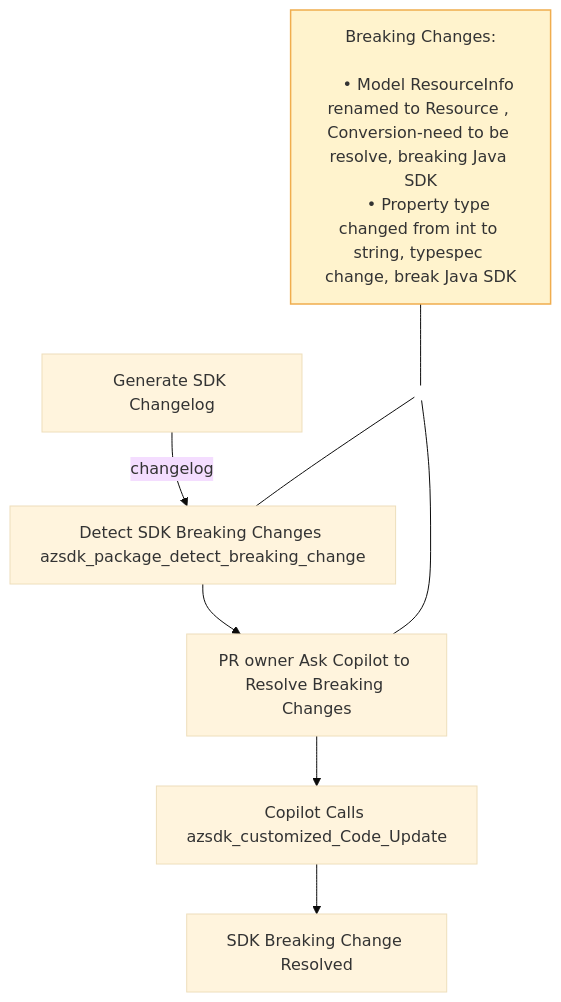
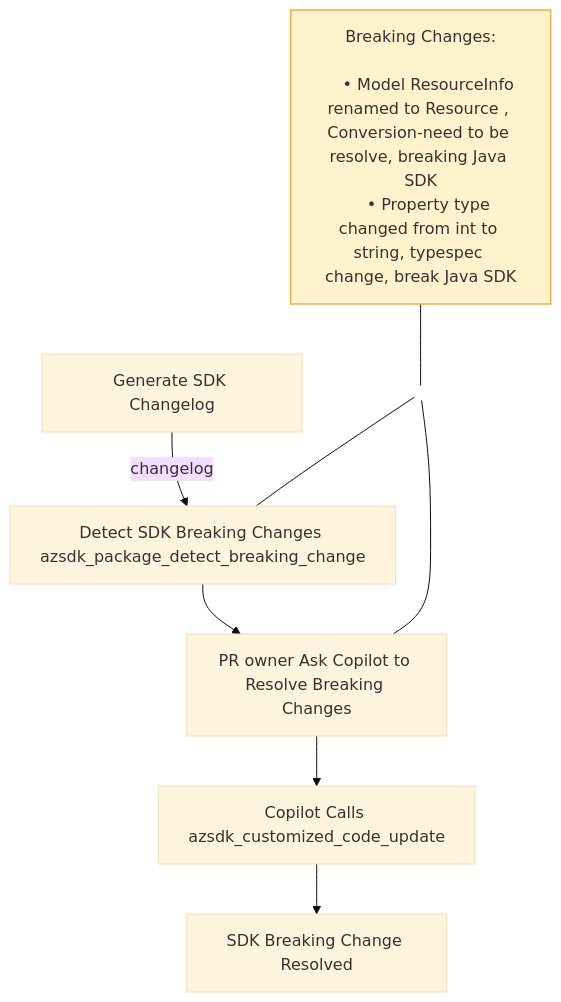
Before and after one commit to Azure/azure-sdk-tools: the second of 2 diagrams in tools/azsdk-cli/docs/specs/sdk-breaking-change-detect.spec.md, drawn with Mermaid (base theme).

````diff
--- a/tools/azsdk-cli/docs/specs/sdk-breaking-change-detect.spec.md
+++ b/tools/azsdk-cli/docs/specs/sdk-breaking-change-detect.spec.md
@@ -216,30 +216,30 @@
 ```mermaid
 flowchart TD
     A[Generate SDK Changelog]
     B[Detect SDK Breaking Changes azsdk_package_detect_breaking_change]
     C[PR owner Ask Copilot to Resolve Breaking Changes]
-    D[Copilot Calls azsdk_customized_Code_Update]
+    D[Copilot Calls azsdk_customized_code_update]
     E[SDK Breaking Change Resolved]
 
     A -->|changelog| B
     B --> C
     C --> D
     D --> E
 
     %% invisible anchor above the B -> C edge
     X(( ))
     X --- B
     X --- C
 
     BC["Breaking Changes:<br/>
     • Model ResourceInfo renamed to Resource , Conversion-need to be resolve, breaking Java SDK
     • Property type changed from int to string, typespec change, break Java SDK
     "]
 
     BC --- X
 
     %% styling
     class BC breaking;
     classDef breaking fill:#fff3cd,stroke:#f0ad4e,stroke-width:1.5px;
     style X fill:transparent,stroke:transparent
 ```
````
